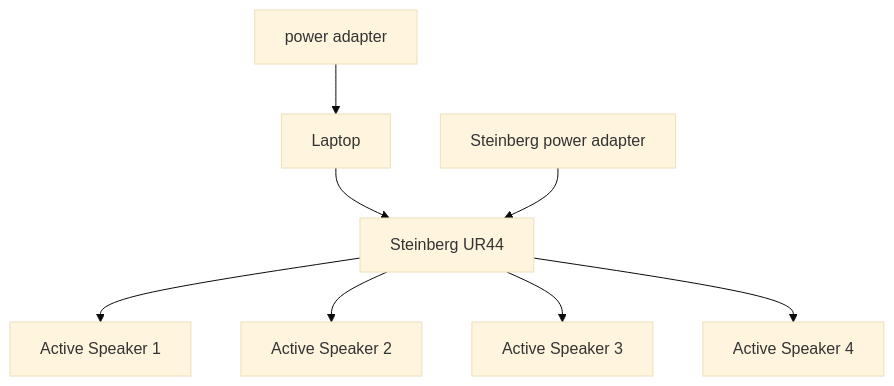
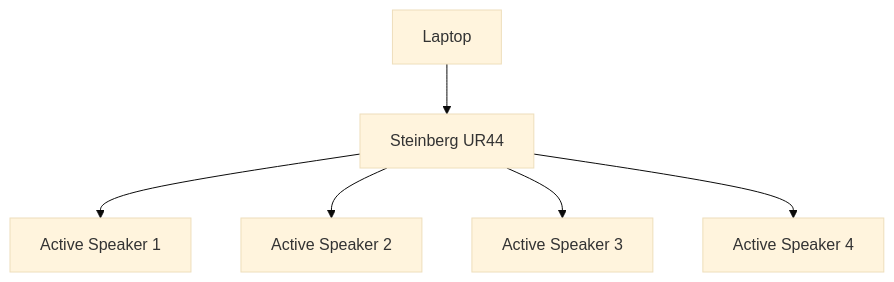
The first of 3 diagrams in README.md (AbbieNgXinYi/Gamenian), drawn with Mermaid (base theme) before and after one commit. The commit also changed other lines of this file, not shown here.

````diff
--- a/README.md
+++ b/README.md
@@ -46,12 +46,10 @@
 ```mermaid
 graph TD
 
-A[power adapter]--> B[Laptop]
-B--> C[Steinberg UR44]
-D[Steinberg power adapter]--> C
-C--> E[Active Speaker 1]
-C--> F[Active Speaker 2]
-C--> G[Active Speaker 3]
-C--> H[Active Speaker 4]
+A[Laptop]--> B[Steinberg UR44]
+B--> E[Active Speaker 1]
+B--> F[Active Speaker 2]
+B--> G[Active Speaker 3]
+B--> H[Active Speaker 4]
 
 ```
````
